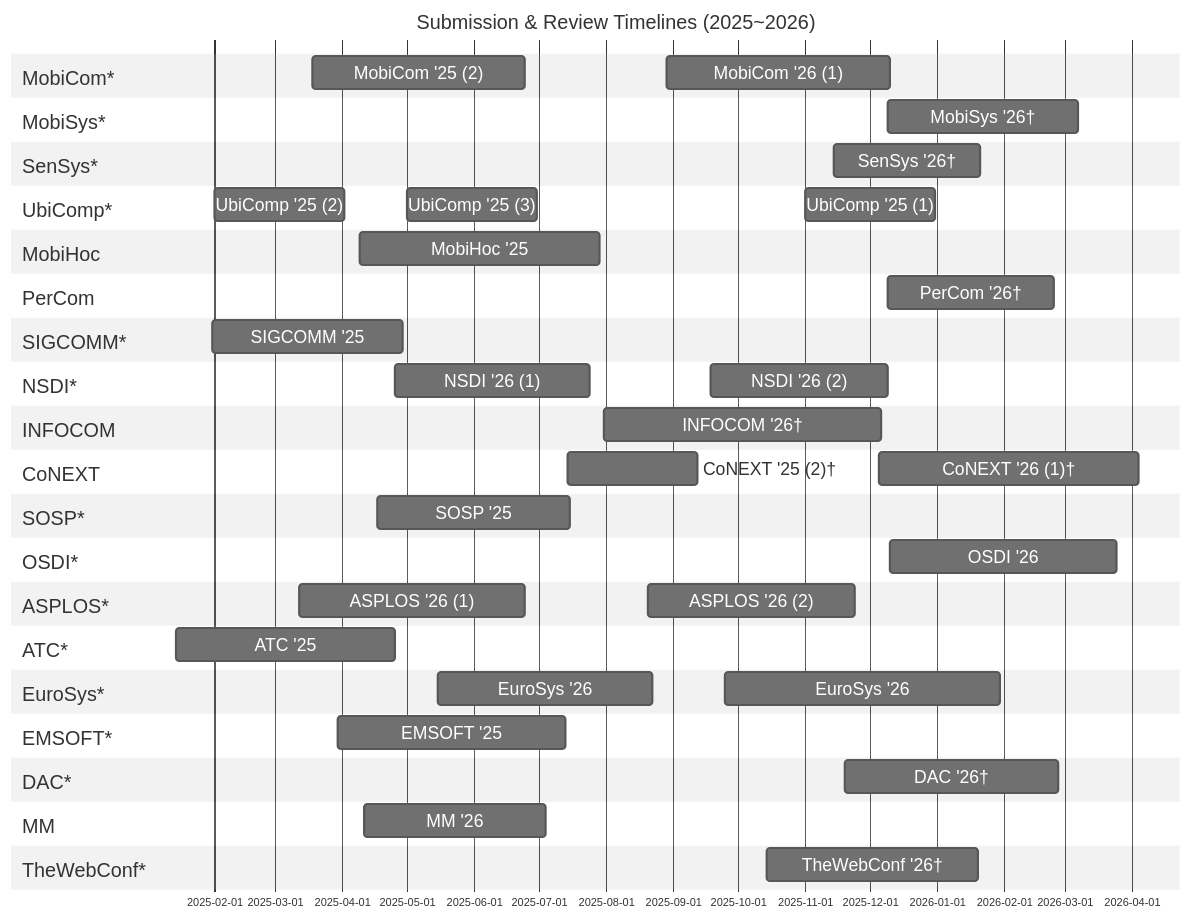
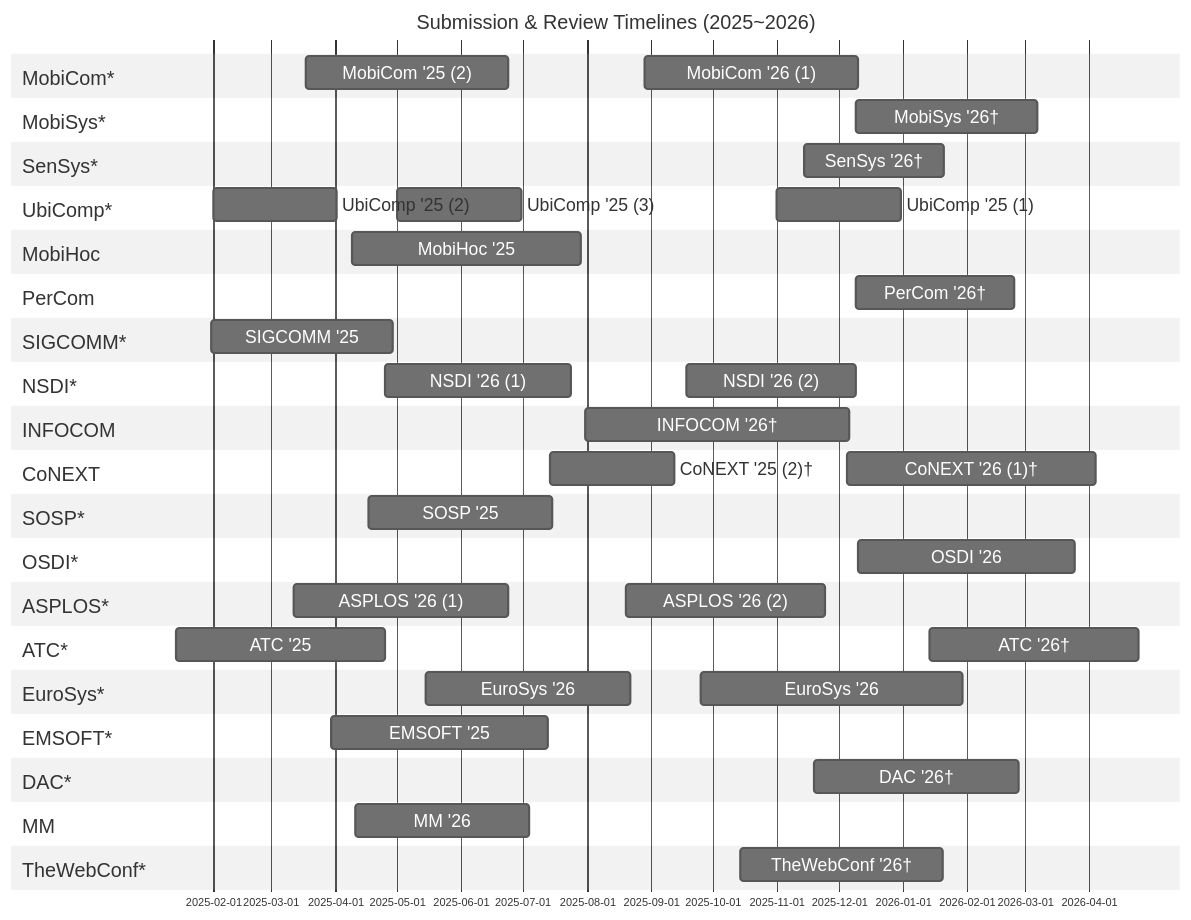
Before and after one commit to iamseonghoon/Mobile-Systems-Conference-Timelines: the diagram in README.md, drawn with Mermaid.

```diff
--- a/README.md
+++ b/README.md
@@ -77,7 +77,8 @@
     ASPLOS '26 (2) :asplos-review2, 2025-08-20, 96d
 
     section ATC*
-    ATC '25 :atc-review, 2025-01-14, 101d
+    ATC '25 :atc25-review, 2025-01-14, 101d
+    ATC '26† :atc26-review, 2026-01-14, 101d
 
     section EuroSys*
     EuroSys '26 :eurosys-review1, 2025-05-15, 99d
```
